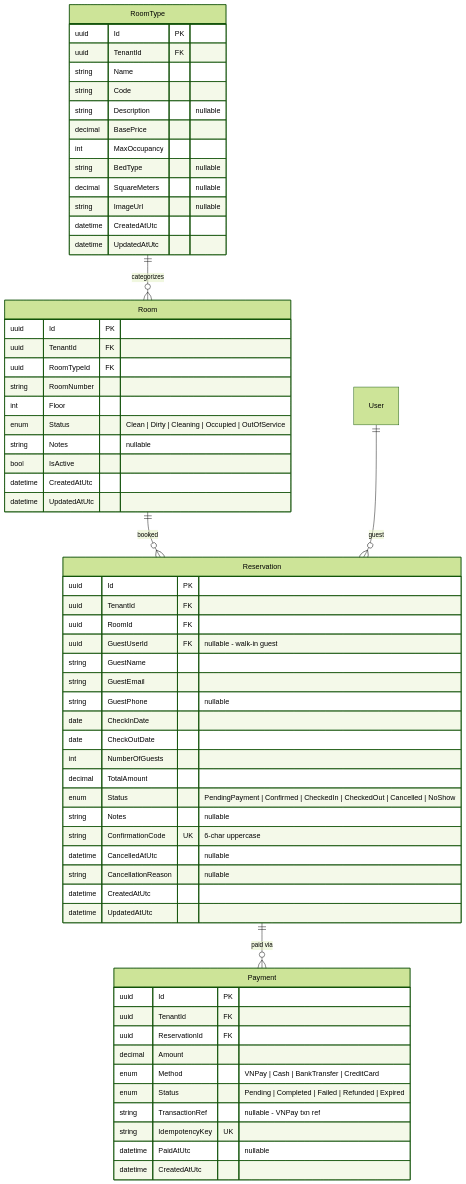
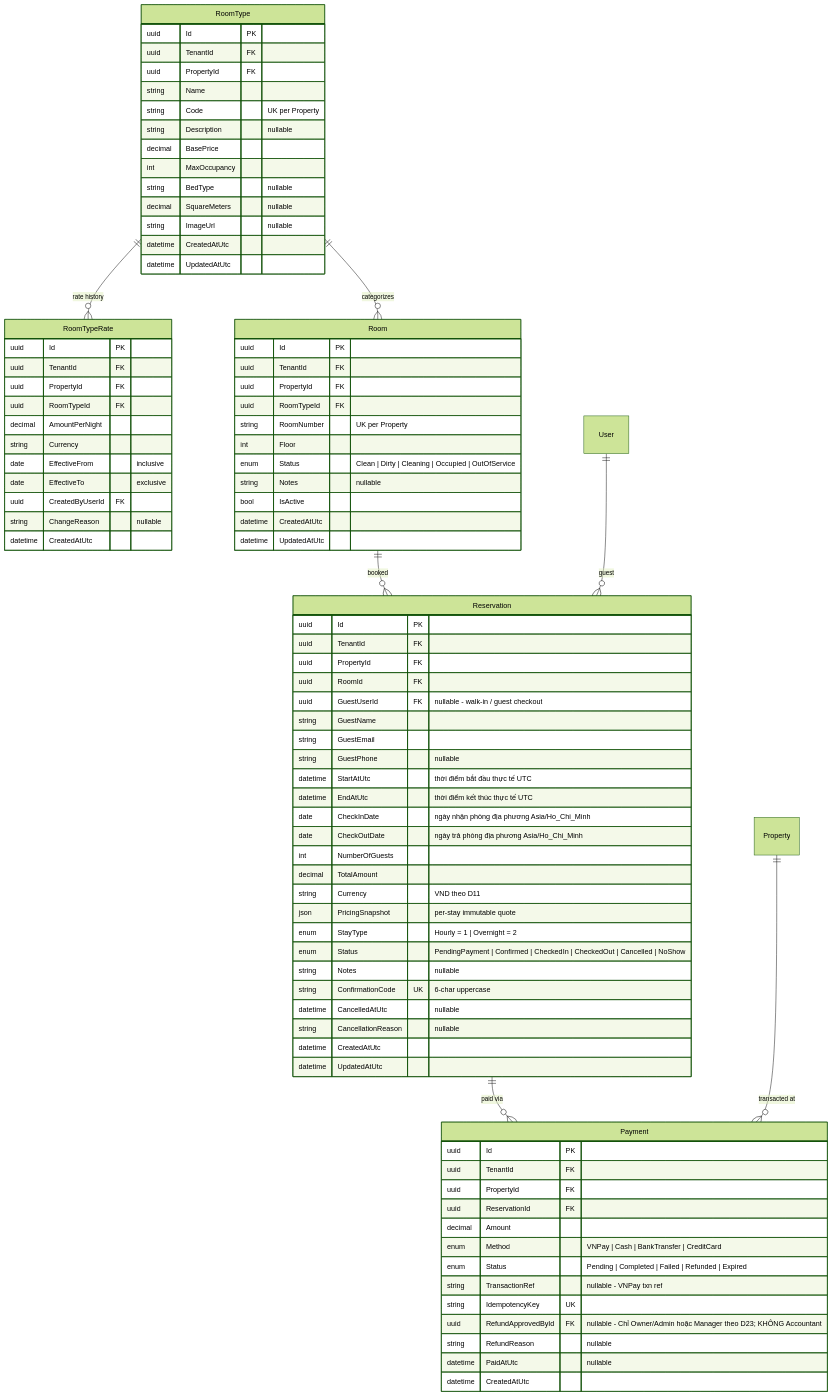
The third of 5 diagrams in docs/sdd/01-erd.md (GinNgo/hotel-saas-v2), drawn with Mermaid (forest theme) before and after one commit. The commit also changed other lines of this file and 1003 other files, not shown here.

Commit message:
feat: Phase 1 complete - architecture foundation, auth & RBAC, team roadmaps, week 1 reports, and feature scaffolds

````diff
--- a/docs/sdd/01-erd.md
+++ b/docs/sdd/01-erd.md
@@ -153,8 +192,9 @@
     RoomType {
         uuid Id PK
         uuid TenantId FK
+        uuid PropertyId FK
         string Name
-        string Code
+        string Code "UK per Property"
         string Description "nullable"
         decimal BasePrice
         int MaxOccupancy
@@ -165,11 +205,26 @@
         datetime UpdatedAtUtc
     }
 
+    RoomTypeRate {
+        uuid Id PK
+        uuid TenantId FK
+        uuid PropertyId FK
+        uuid RoomTypeId FK
+        decimal AmountPerNight
+        string Currency
+        date EffectiveFrom "inclusive"
+        date EffectiveTo "exclusive"
+        uuid CreatedByUserId FK
+        string ChangeReason "nullable"
+        datetime CreatedAtUtc
+    }
+
     Room {
         uuid Id PK
         uuid TenantId FK
+        uuid PropertyId FK
         uuid RoomTypeId FK
-        string RoomNumber
+        string RoomNumber "UK per Property"
         int Floor
         enum Status "Clean | Dirty | Cleaning | Occupied | OutOfService"
         string Notes "nullable"
@@ -181,15 +236,21 @@
     Reservation {
         uuid Id PK
         uuid TenantId FK
+        uuid PropertyId FK
         uuid RoomId FK
-        uuid GuestUserId FK "nullable - walk-in guest"
+        uuid GuestUserId FK "nullable - walk-in / guest checkout"
         string GuestName
         string GuestEmail
         string GuestPhone "nullable"
-        date CheckInDate
-        date CheckOutDate
+        datetime StartAtUtc "thời điểm bắt đầu thực tế UTC"
+        datetime EndAtUtc "thời điểm kết thúc thực tế UTC"
+        date CheckInDate "ngày nhận phòng địa phương Asia/Ho_Chi_Minh"
+        date CheckOutDate "ngày trả phòng địa phương Asia/Ho_Chi_Minh"
         int NumberOfGuests
         decimal TotalAmount
+        string Currency "VND theo D11"
+        json PricingSnapshot "per-stay immutable quote"
+        enum StayType "Hourly = 1 | Overnight = 2"
         enum Status "PendingPayment | Confirmed | CheckedIn | CheckedOut | Cancelled | NoShow"
         string Notes "nullable"
         string ConfirmationCode UK "6-char uppercase"
@@ -202,18 +263,23 @@
     Payment {
         uuid Id PK
         uuid TenantId FK
+        uuid PropertyId FK
         uuid ReservationId FK
         decimal Amount
         enum Method "VNPay | Cash | BankTransfer | CreditCard"
         enum Status "Pending | Completed | Failed | Refunded | Expired"
         string TransactionRef "nullable - VNPay txn ref"
         string IdempotencyKey UK
+        uuid RefundApprovedById FK "nullable - Chỉ Owner/Admin hoặc Manager theo D23; KHÔNG Accountant"
+        string RefundReason "nullable"
         datetime PaidAtUtc "nullable"
         datetime CreatedAtUtc
     }
 
     RoomType ||--o{ Room : "categorizes"
+    RoomType ||--o{ RoomTypeRate : "rate history"
     Room ||--o{ Reservation : "booked"
     Reservation ||--o{ Payment : "paid via"
+    Property ||--o{ Payment : "transacted at"
     User ||--o{ Reservation : "guest"
 ```
````
